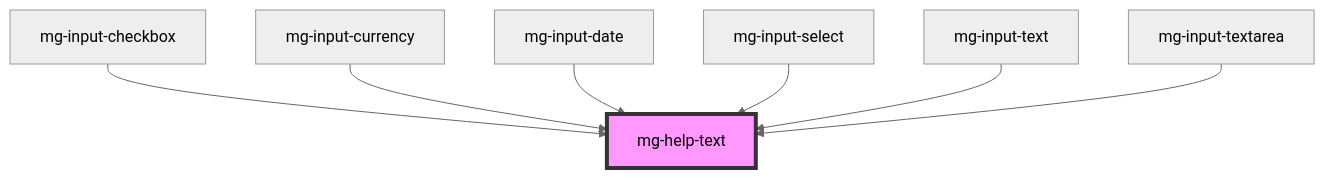
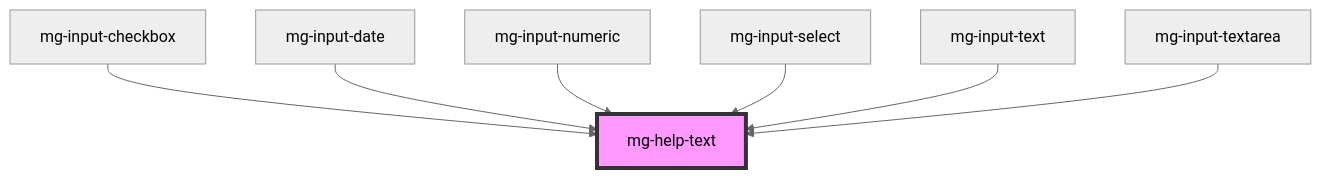
Before and after one commit to MGDIS/mg-components: the diagram in src/components/atoms/mg-help-text/readme.md, drawn with Mermaid (neutral theme). The commit also changed other lines of this file and 20 other files, not shown here.

````diff
--- a/src/components/atoms/mg-help-text/readme.md
+++ b/src/components/atoms/mg-help-text/readme.md
@@ -27,10 +27,10 @@
 ```mermaid
 graph TD;
   mg-input-checkbox --> mg-help-text
-  mg-input-currency --> mg-help-text
   mg-input-date --> mg-help-text
+  mg-input-numeric --> mg-help-text
   mg-input-select --> mg-help-text
   mg-input-text --> mg-help-text
   mg-input-textarea --> mg-help-text
   style mg-help-text fill:#f9f,stroke:#333,stroke-width:4px
 ```
````
